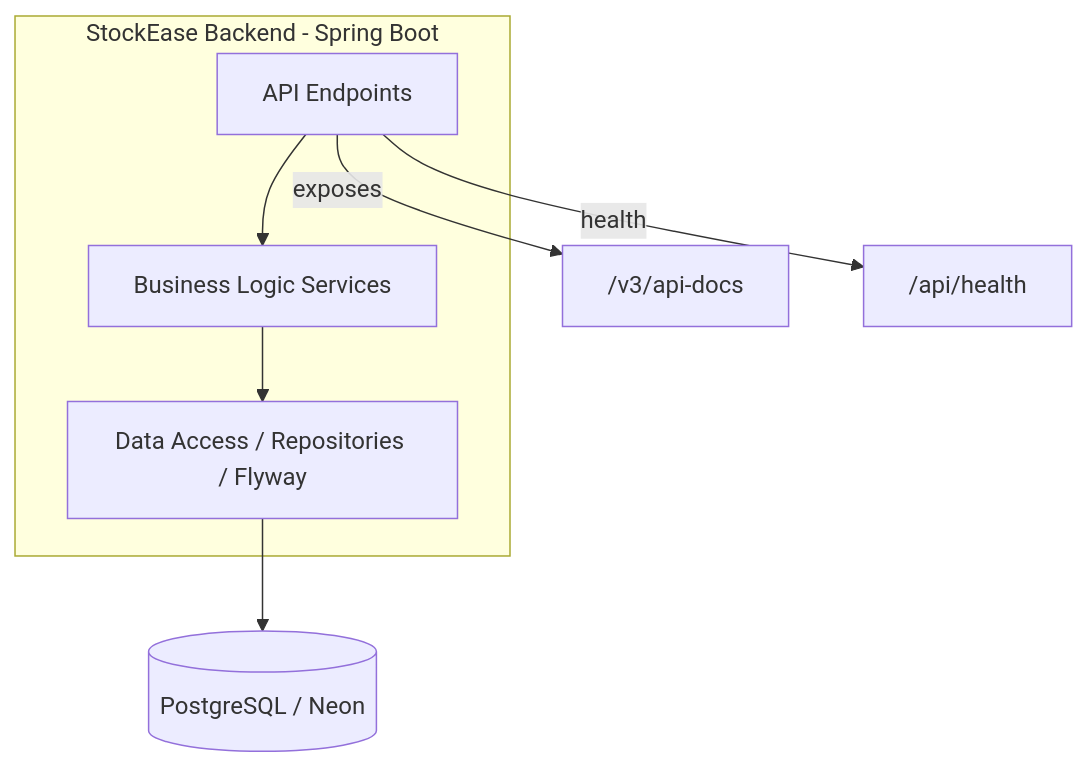
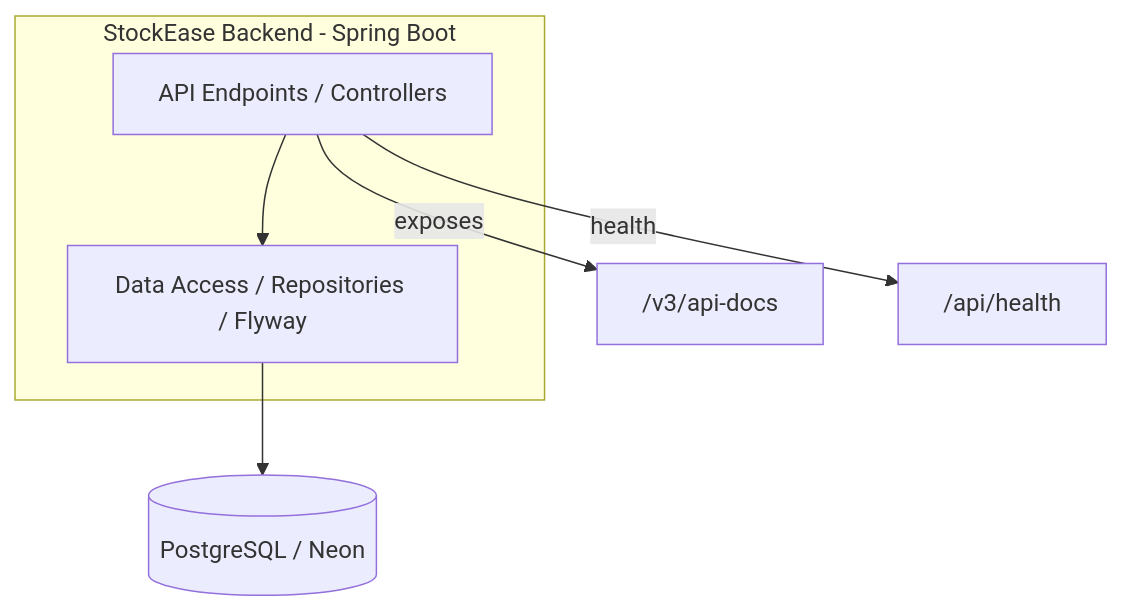
One commit to Keglev/stockease changed the second of 2 diagrams in docs/architecture/system/overview.md. Above: the diagram before and after it, drawn with Mermaid. The commit also changed other lines of this file and 63 other files, not shown here.

````diff
--- a/docs/architecture/system/overview.md
+++ b/docs/architecture/system/overview.md
@@ -30,13 +30,11 @@
 ```mermaid
 graph TB
   subgraph Backend [StockEase Backend - Spring Boot]
-    API[API Endpoints]
-    BIZ[Business Logic Services]
+    API[API Endpoints / Controllers]
     DATA[Data Access / Repositories / Flyway]
   end
-  API --> BIZ
-  BIZ --> DATA
+  API --> DATA
   DATA --> DB[(PostgreSQL / Neon)]
   API -->|exposes| OpenAPI["/v3/api-docs"]
   API -->|health| Health["/api/health"]
 ```
````
